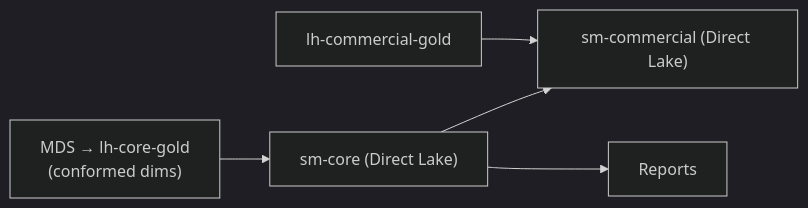
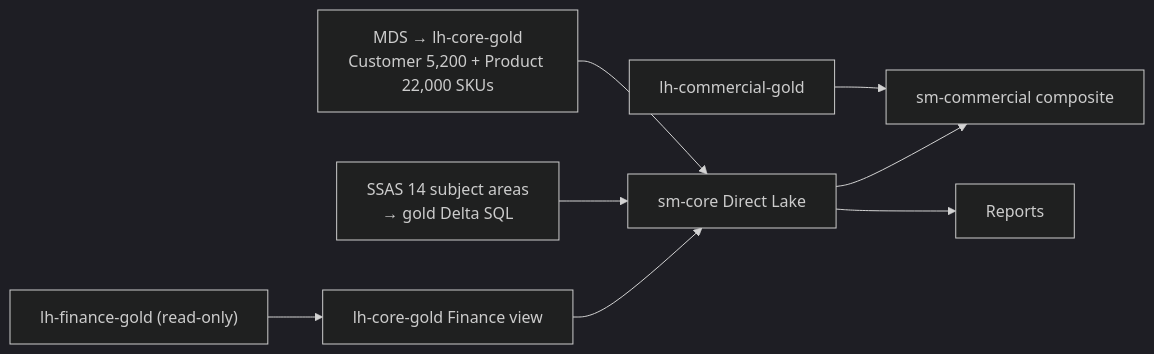
Before and after one commit to Jonvoge/fabric-playbook: the diagram in instances/example-client/pages/07-transformation-modelling.md, drawn with Mermaid (dark theme). The commit also changed other lines of this file and 15 other files, not shown here.

````diff
--- a/instances/example-client/pages/07-transformation-modelling.md
+++ b/instances/example-client/pages/07-transformation-modelling.md
@@ -28,7 +37,9 @@
 ```mermaid
 flowchart LR
-  MDS["MDS → lh-core-gold<br/>(conformed dims)"] --> M["sm-core (Direct Lake)"]
-  G_C["lh-commercial-gold"] --> M_C["sm-commercial (Direct Lake)"]
-  M --> M_C
-  M --> R["Reports"]
+  MDS["MDS → lh-core-gold\nCustomer 5,200 + Product 22,000 SKUs"] --> CORE["sm-core Direct Lake"]
+  SSAS["SSAS 14 subject areas\n→ gold Delta SQL"] --> CORE
+  LH_C["lh-commercial-gold"] --> COMP_C["sm-commercial composite"]
+  CORE --> COMP_C
+  LH_FIN["lh-finance-gold (read-only)"] --> FIN_VIEW["lh-core-gold Finance view"] --> CORE
+  CORE --> R["Reports"]
 ```
````
